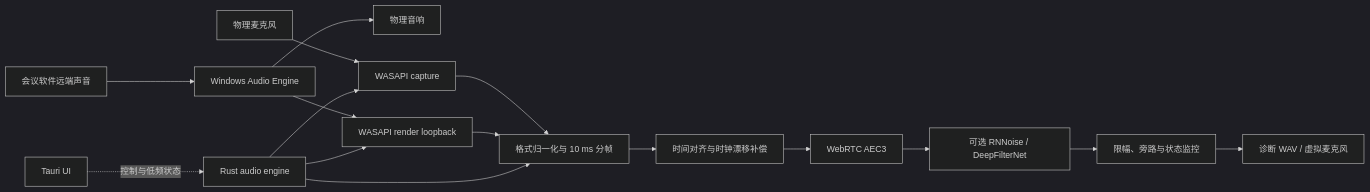
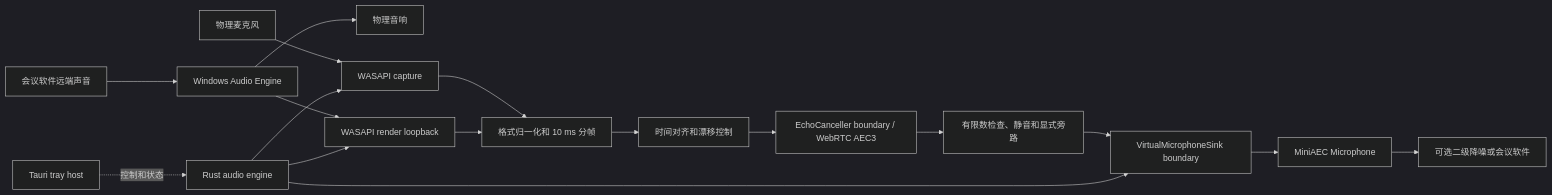
One commit to dsrkafuu/mini-aec changed the diagram in docs/technical-plan.md. Above: the diagram before and after it, drawn with Mermaid (dark theme). The commit also changed other lines of this file and 8 other files, not shown here.

Commit message:
docs: define the MiniAEC product baseline

````diff
--- a/docs/technical-plan.md
+++ b/docs/technical-plan.md
@@ -49,20 +34,19 @@
 ```mermaid
 flowchart LR
   Remote["会议软件远端声音"] --> Mixer["Windows Audio Engine"]
   Mixer --> Speaker["物理音响"]
   Mixer --> Loopback["WASAPI render loopback"]
-
   Mic["物理麦克风"] --> Capture["WASAPI capture"]
-  Capture --> Framer["格式归一化与 10 ms 分帧"]
-  Loopback --> Framer
-  Framer --> Align["时间对齐与时钟漂移补偿"]
-  Align --> AEC["WebRTC AEC3"]
-  AEC --> NS["可选 RNNoise / DeepFilterNet"]
-  NS --> Safety["限幅、旁路与状态监控"]
-  Safety --> Sink["诊断 WAV / 虚拟麦克风"]
-
-  UI["Tauri UI"] -. 控制与低频状态 .-> Engine["Rust audio engine"]
+  Capture --> Normalize["格式归一化和 10 ms 分帧"]
+  Loopback --> Normalize
+  Normalize --> Align["时间对齐和漂移控制"]
+  Align --> AEC["EchoCanceller boundary / WebRTC AEC3"]
+  AEC --> Safety["有限数检查、静音和显式旁路"]
+  Safety --> Bridge["VirtualMicrophoneSink boundary"]
+  Bridge --> Driver["MiniAEC Microphone"]
+  Driver --> Downstream["可选二级降噪或会议软件"]
+  Tray["Tauri tray host"] -. 控制和状态 .-> Engine["Rust audio engine"]
   Engine --> Capture
   Engine --> Loopback
-  Engine --> Framer
+  Engine --> Bridge
 ```
````
